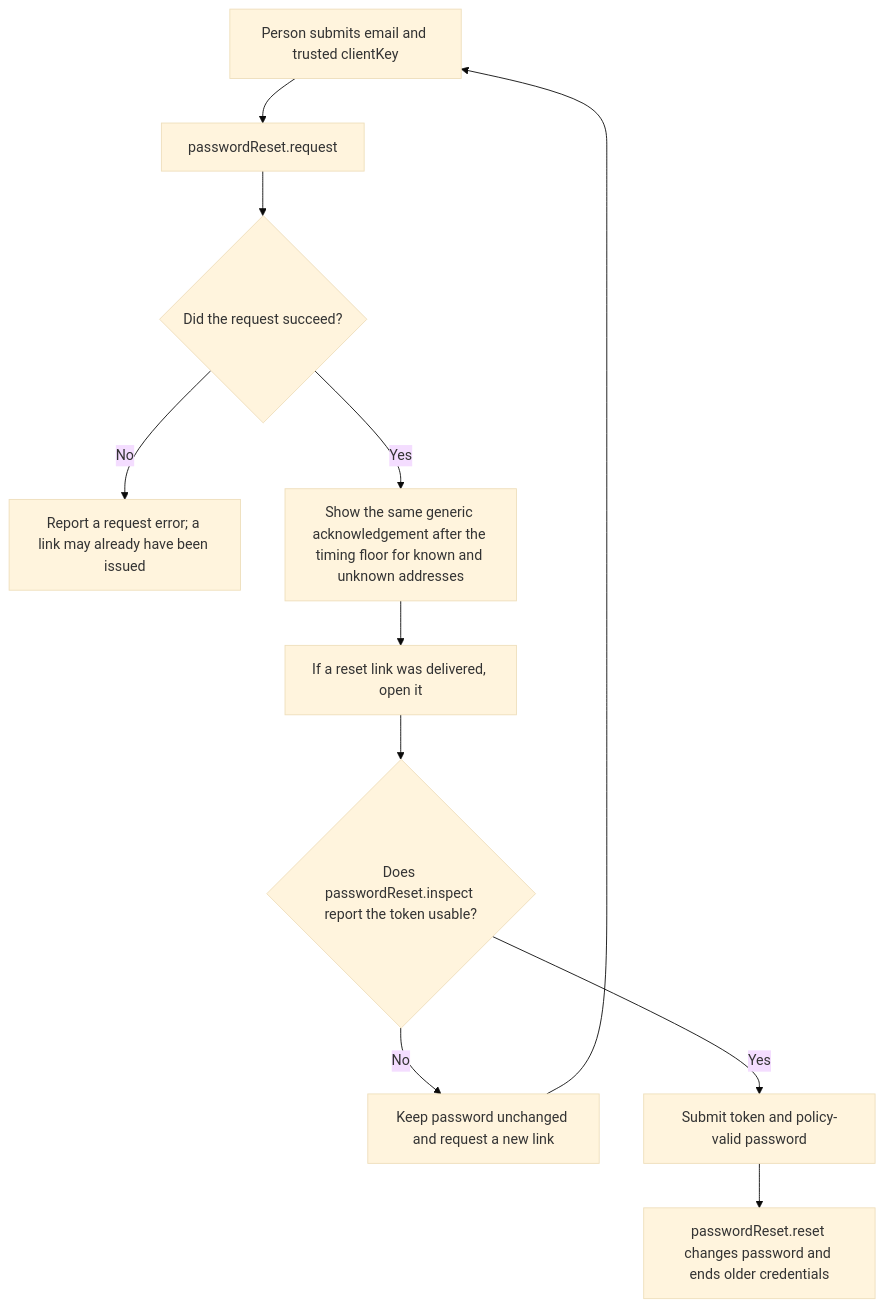
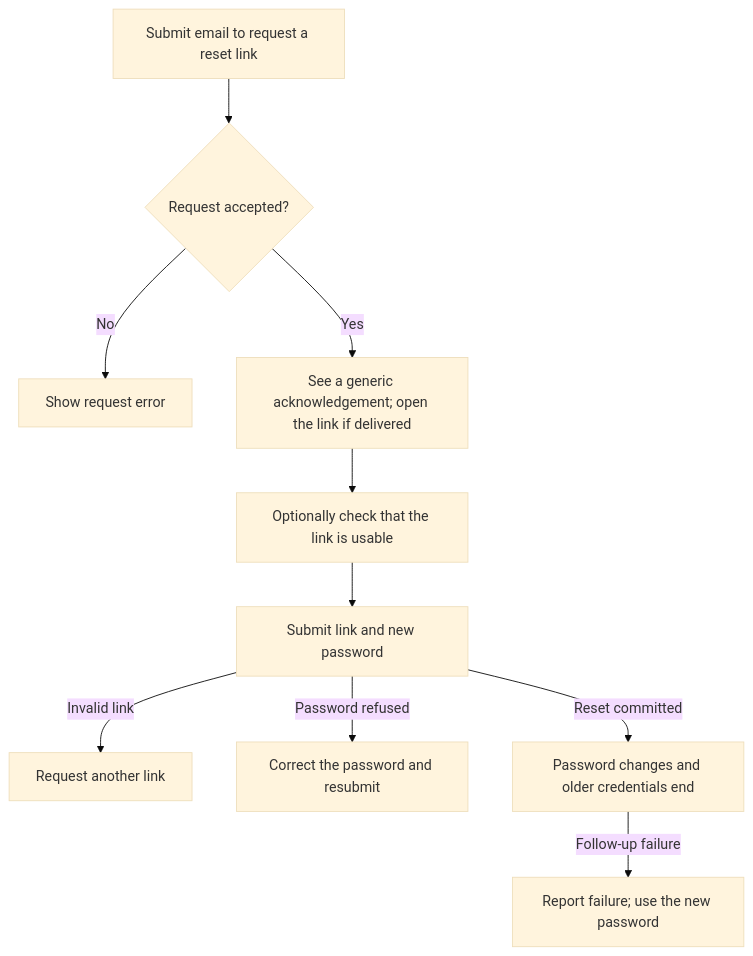
The first of 2 diagrams in user-stories/US-ACCOUNT-01-recover-password.md (Kevinjohn/oss-adonisjs-account-kit), drawn with Mermaid (base theme) before and after one commit. The commit also changed other lines of this file and 70 other files, not shown here.

````diff
--- a/user-stories/US-ACCOUNT-01-recover-password.md
+++ b/user-stories/US-ACCOUNT-01-recover-password.md
@@ -20,13 +23,12 @@
 ```mermaid
 flowchart TD
- A["Person submits email and trusted clientKey"] --> B["passwordReset.request"]
- B --> C{"Did the request succeed?"}
- C -->|No| ERROR["Report a request error; a link may already have been issued"]
- C -->|Yes| ACK["Show the same generic acknowledgement after the timing floor for known and unknown addresses"]
- ACK --> D["If a reset link was delivered, open it"]
- D --> E{"Does passwordReset.inspect report the token usable?"}
- E -->|No| F["Keep password unchanged and request a new link"]
- F --> A
- E -->|Yes| G["Submit token and policy-valid password"]
- G --> H["passwordReset.reset changes password and ends older credentials"]
+  A["Submit email to request a reset link"] --> B{"Request accepted?"}
+  B -->|No| R["Show request error"]
+  B -->|Yes| C["See a generic acknowledgement; open the link if delivered"]
+  C --> D["Optionally check that the link is usable"]
+  D --> E["Submit link and new password"]
+  E -->|Invalid link| F["Request another link"]
+  E -->|Password refused| G["Correct the password and resubmit"]
+  E -->|Reset committed| H["Password changes and older credentials end"]
+  H -->|Follow-up failure| I["Report failure; use the new password"]
 ```
````
